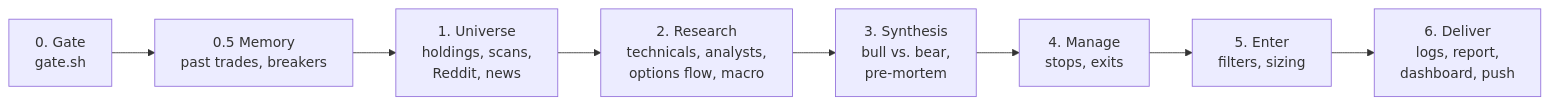
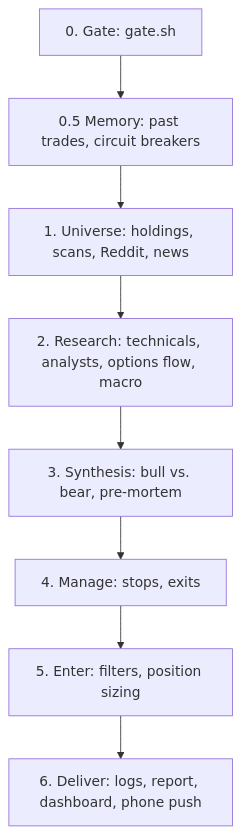
Before and after one commit to SamsonCukor06/agentic-trader: the diagram in README.md, drawn with Mermaid. The commit also changed other lines of this file, not shown here.

````diff
--- a/README.md
+++ b/README.md
@@ -23,10 +21,10 @@
 ```mermaid
-flowchart LR
-    G[0. Gate<br/>gate.sh] --> M[0.5 Memory<br/>past trades, breakers]
-    M --> U[1. Universe<br/>holdings, scans,<br/>Reddit, news]
-    U --> R[2. Research<br/>technicals, analysts,<br/>options flow, macro]
-    R --> S[3. Synthesis<br/>bull vs. bear,<br/>pre-mortem]
-    S --> P[4. Manage<br/>stops, exits]
-    P --> E[5. Enter<br/>filters, sizing]
-    E --> D[6. Deliver<br/>logs, report,<br/>dashboard, push]
+flowchart TD
+    G["0. Gate: gate.sh"] --> M["0.5 Memory: past trades, circuit breakers"]
+    M --> U["1. Universe: holdings, scans, Reddit, news"]
+    U --> R["2. Research: technicals, analysts, options flow, macro"]
+    R --> S["3. Synthesis: bull vs. bear, pre-mortem"]
+    S --> P["4. Manage: stops, exits"]
+    P --> E["5. Enter: filters, position sizing"]
+    E --> D["6. Deliver: logs, report, dashboard, phone push"]
 ```
````
